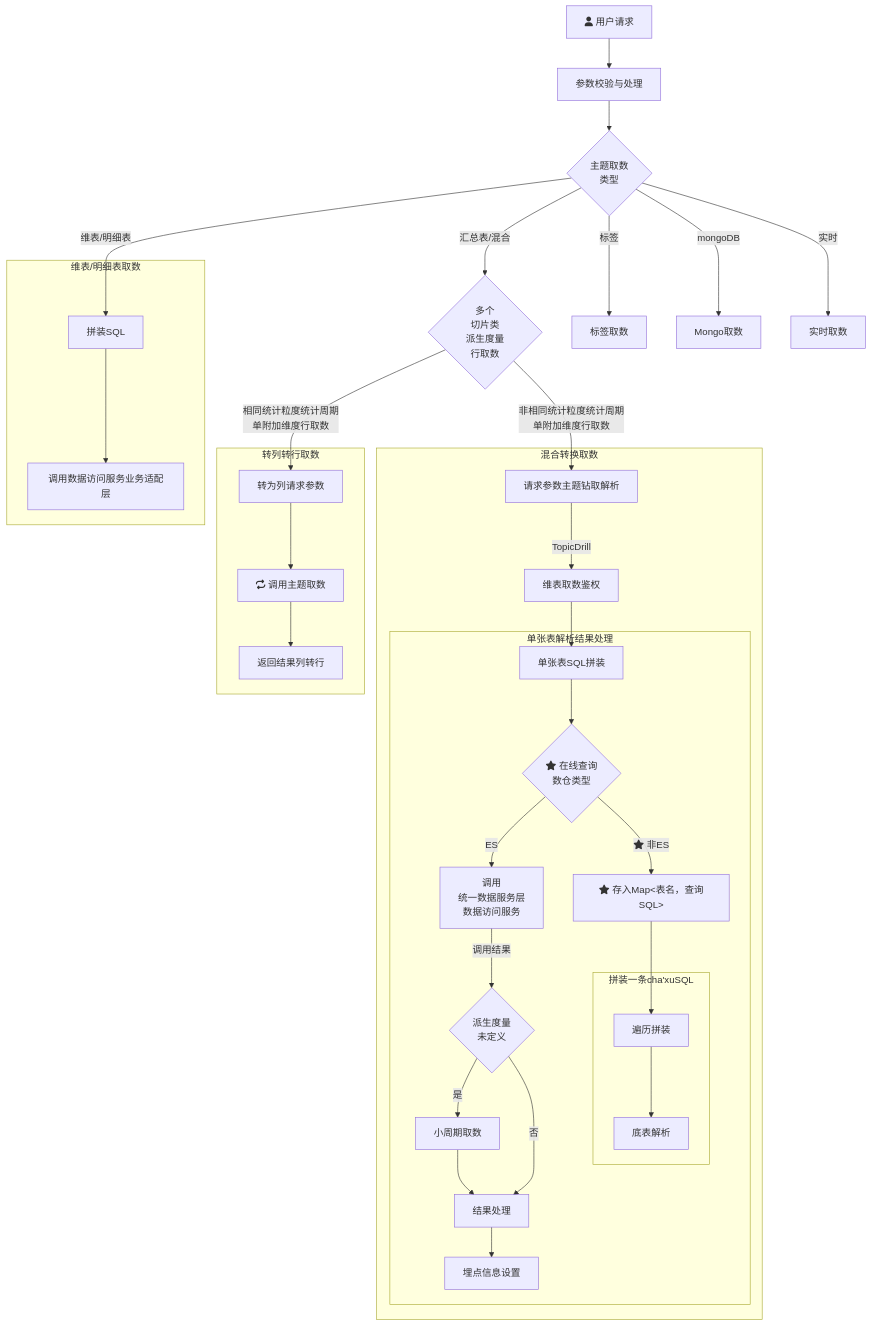
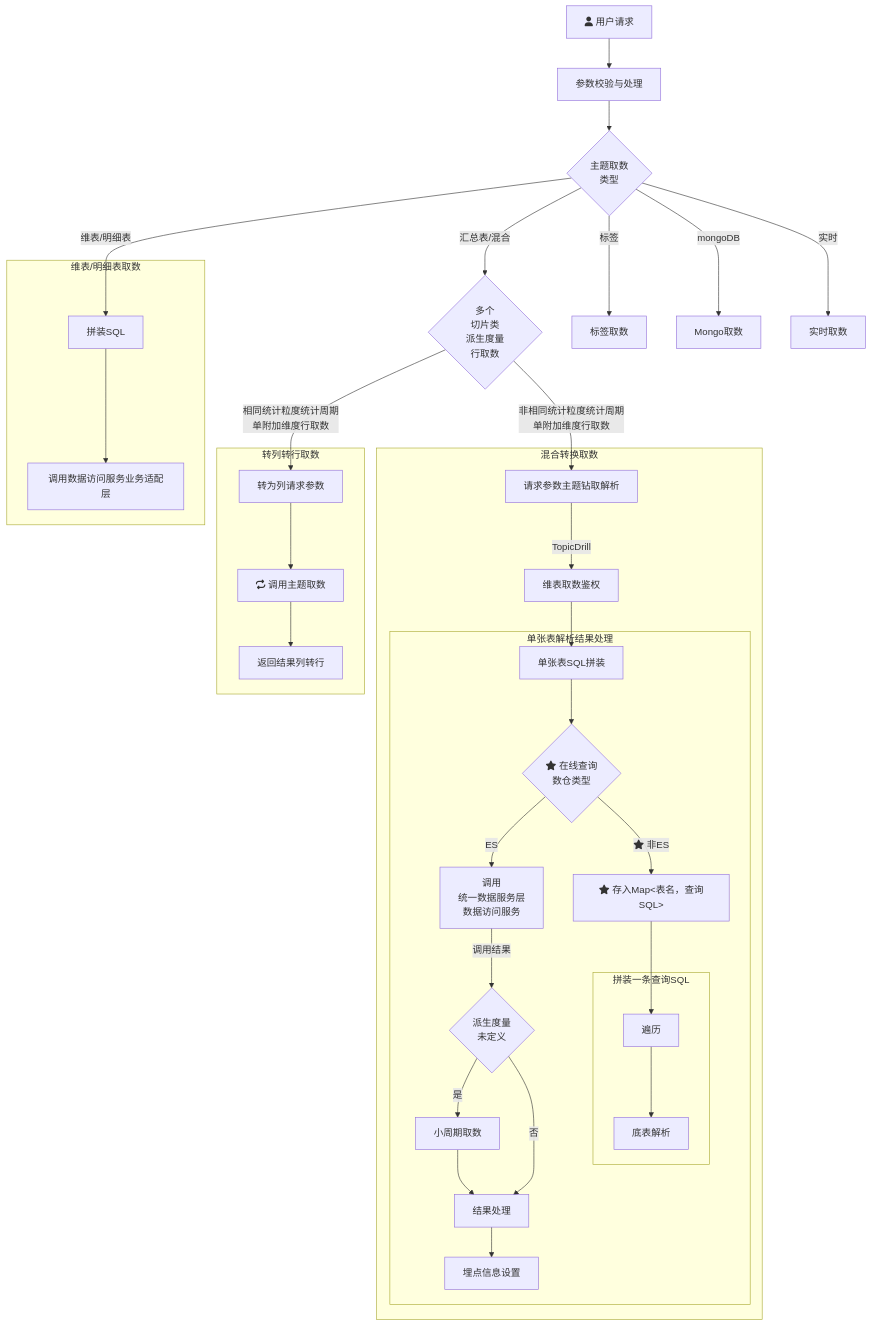
One commit to yanglosm/iodraw-files changed the diagram in all/未命名.md. Above: the diagram before and after it, drawn with Mermaid.

Commit message:
2024-11-29 19:34:25 update

````diff
--- a/all/未命名.md
+++ b/all/未命名.md
@@ -1,30 +1,30 @@
 ```mermaid
 flowchart TD
     A[fa:fa-user 用户请求] -->A1[参数校验与处理] --> B{主题取数\n类型}
     B -->|维表/明细表| D[拼装SQL]
     B -->|汇总表/混合| E{多个\n切片类\n派生度量\n行取数}
     B -->|标签| F[标签取数]
     B -->|mongoDB| G[Mongo取数]
     B -->|实时| H[实时取数]
     E -->|相同统计粒度统计周期\n单附加维度行取数| E1[转为列请求参数]
     E -->|非相同统计粒度统计周期\n单附加维度行取数| T1[请求参数主题钻取解析]
     subgraph 维表/明细表取数
     D-->D1[调用数据访问服务业务适配层]
     end
     subgraph 转列转行取数
     E1-->E11[fa:fa-repeat 调用主题取数]-->E12[返回结果列转行]
     end
     subgraph 混合转换取数
     T1-->|TopicDrill| T2[维表取数鉴权] --> T31[单张表SQL拼装]
         subgraph 单张表解析结果处理
         T31 --> T4{fa:fa-star 在线查询\n数仓类型}-->|ES|T32[调用\n统一数据服务层\n数据访问服务] --> |调用结果|T33{派生度量\n未定义}
         T33 --> |是|T33_1[小周期取数]-->T34[结果处理]-->T35[埋点信息设置]
         T33 --> |否|T34
         T4 --> |fa:fa-star 非ES|T41["fa:fa-star 存入Map<表名，查询SQL>"]
-        T41 --> T42[遍历拼装]
-            subgraph 拼装一条cha'xuSQL
+        T41 --> T42[遍历]
+            subgraph 拼装一条查询SQL
             T42 --> M1[底表解析]
             end
         end
     end
 ```
````
